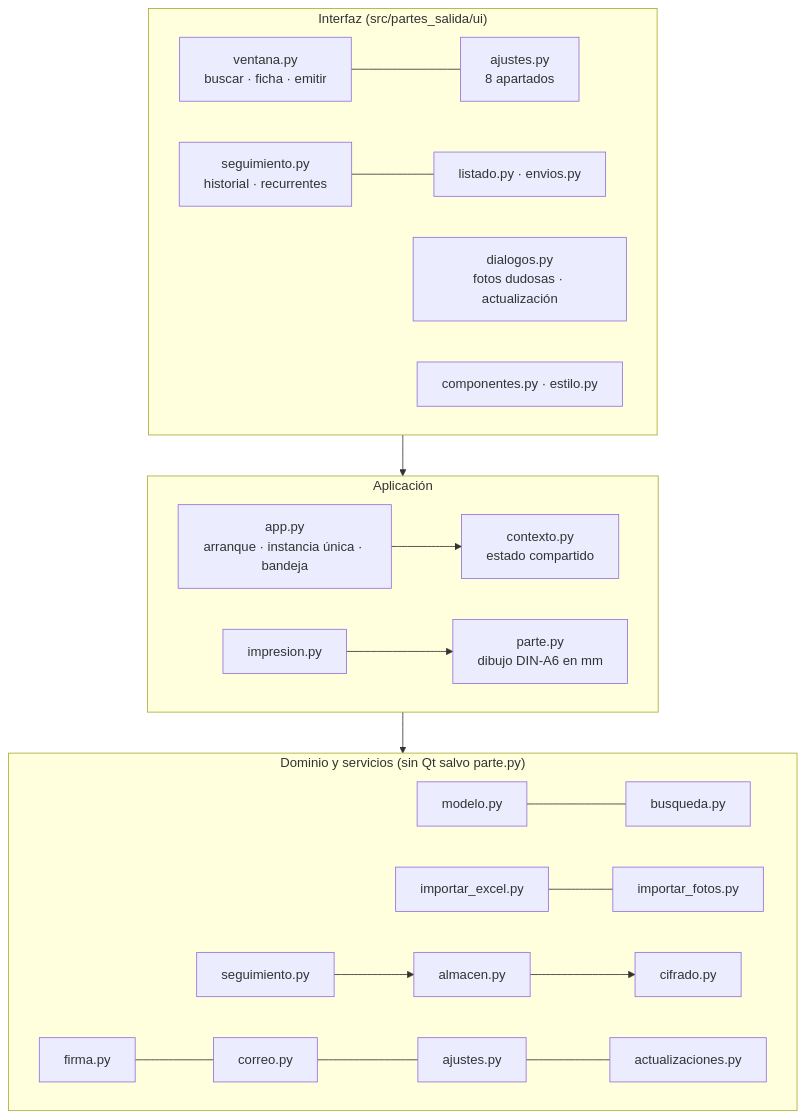
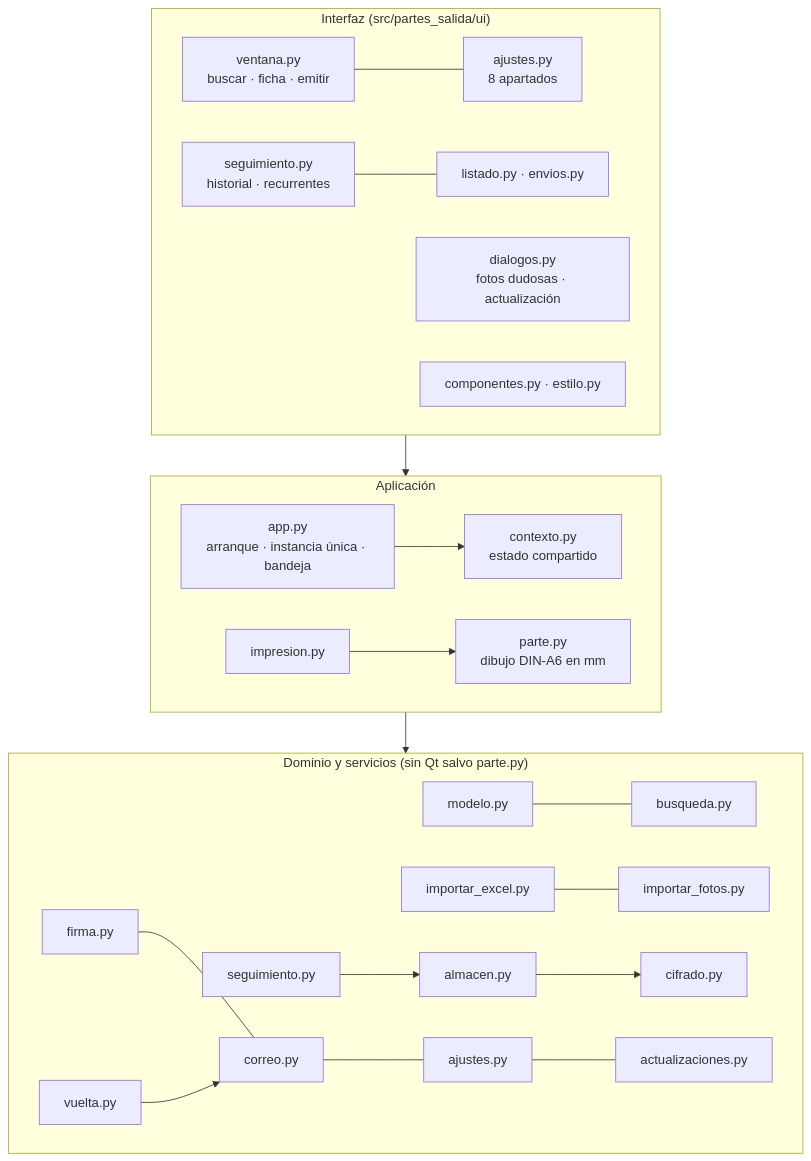
Before and after one commit to cferrerobonet/partes_salida: the first of 2 diagrams in docs/ARQUITECTURA.md, drawn with Mermaid. The commit also changed other lines of this file and 20 other files, not shown here.

````diff
--- a/docs/ARQUITECTURA.md
+++ b/docs/ARQUITECTURA.md
@@ -7,21 +7,22 @@
 ```mermaid
 flowchart TB
   subgraph UI["Interfaz (src/partes_salida/ui)"]
     V[ventana.py<br>buscar · ficha · emitir] --- AJ[ajustes.py<br>8 apartados]
     SG[seguimiento.py<br>historial · recurrentes] --- L[listado.py · envios.py]
     D[dialogos.py<br>fotos dudosas · actualización]
     C[componentes.py · estilo.py]
   end
   subgraph APP["Aplicación"]
     APPPY[app.py<br>arranque · instancia única · bandeja] --> CTX[contexto.py<br>estado compartido]
     IMP[impresion.py] --> P[parte.py<br>dibujo DIN-A6 en mm]
   end
   subgraph DOM["Dominio y servicios (sin Qt salvo parte.py)"]
     M[modelo.py] --- B[busqueda.py]
     IE[importar_excel.py] --- IF[importar_fotos.py]
     AL[almacen.py] --> CI[cifrado.py]
     SE[seguimiento.py] --> AL
     F[firma.py] --- CO[correo.py] --- AJS[ajustes.py] --- ACT[actualizaciones.py]
+    VU[vuelta.py] --> CO
   end
   UI --> APP --> DOM
 ```
````
